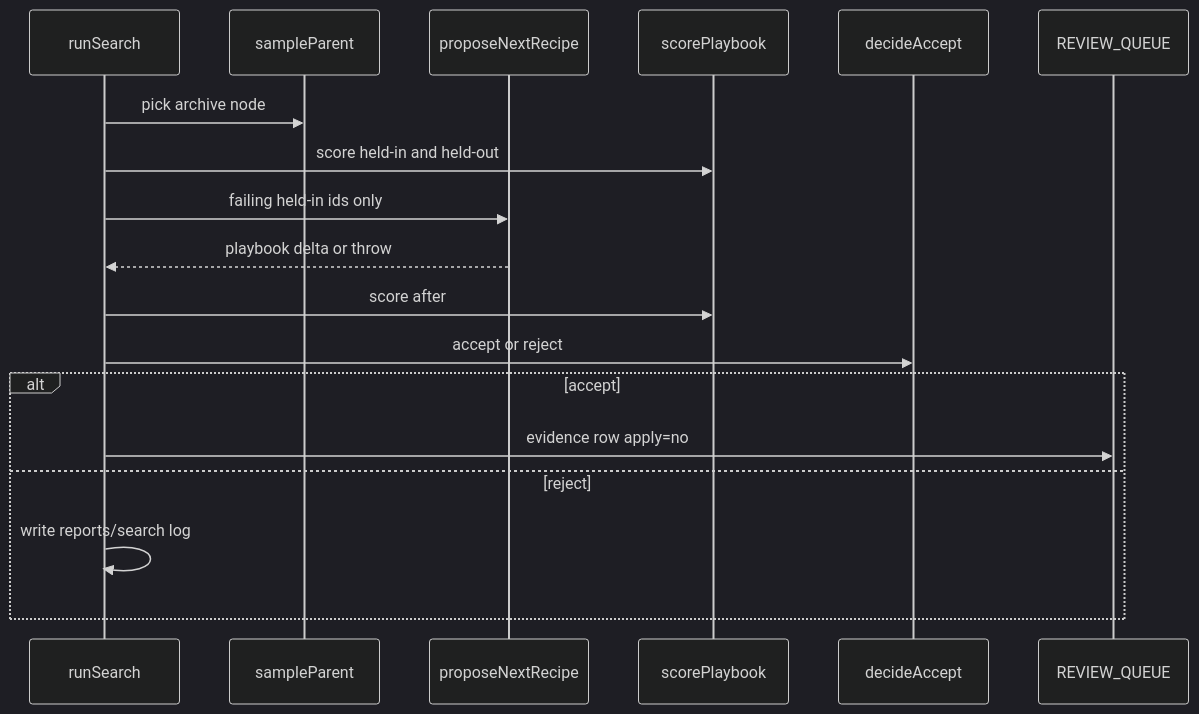
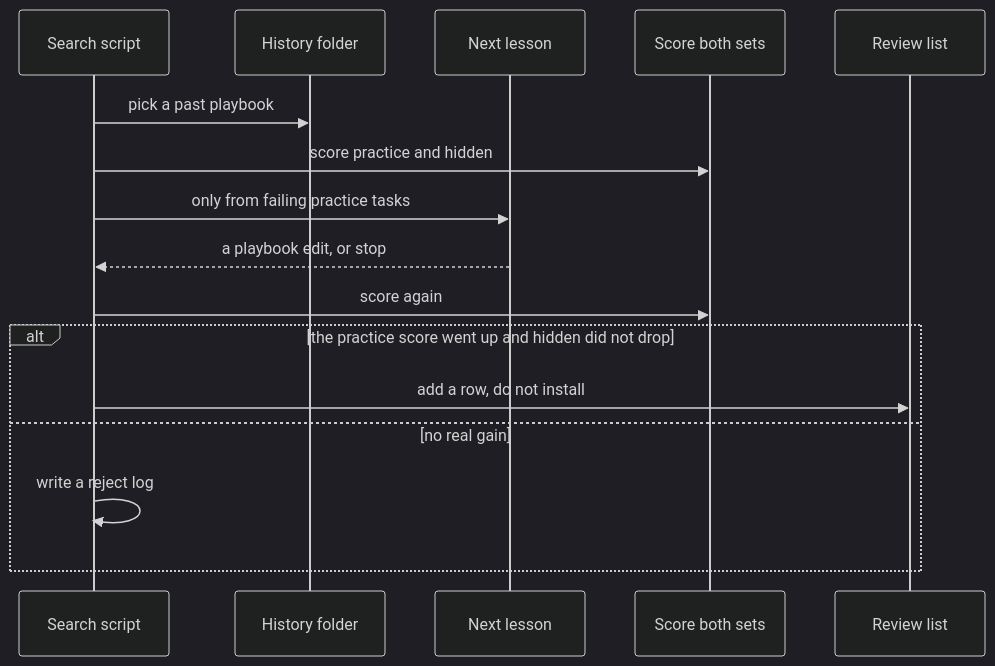
Before and after one commit to Vinayak-RZ/Improveness: the second of 3 diagrams in README.md, drawn with Mermaid (dark theme). The commit also changed other lines of this file, not shown here.

````diff
--- a/README.md
+++ b/README.md
@@ -115,20 +127,18 @@
 ```mermaid
 sequenceDiagram
-  participant S as runSearch
-  participant A as sampleParent
-  participant P as proposeNextRecipe
-  participant C as scorePlaybook
-  participant D as decideAccept
-  participant Q as REVIEW_QUEUE
-  S->>A: pick archive node
-  S->>C: score held-in and held-out
-  S->>P: failing held-in ids only
-  P-->>S: playbook delta or throw
-  S->>C: score after
-  S->>D: accept or reject
-  alt accept
-    S->>Q: evidence row apply=no
-  else reject
-    S->>S: write reports/search log
+  participant Search as Search script
+  participant History as History folder
+  participant Lessons as Next lesson
+  participant Score as Score both sets
+  participant Queue as Review list
+  Search->>History: pick a past playbook
+  Search->>Score: score practice and hidden
+  Search->>Lessons: only from failing practice tasks
+  Lessons-->>Search: a playbook edit, or stop
+  Search->>Score: score again
+  alt the practice score went up and hidden did not drop
+    Search->>Queue: add a row, do not install
+  else no real gain
+    Search->>Search: write a reject log
   end
 ```
````
